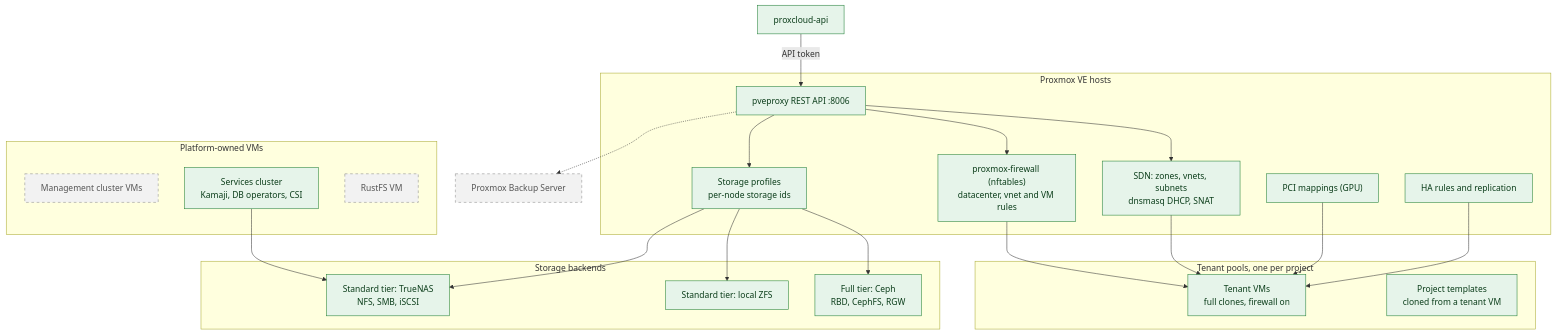
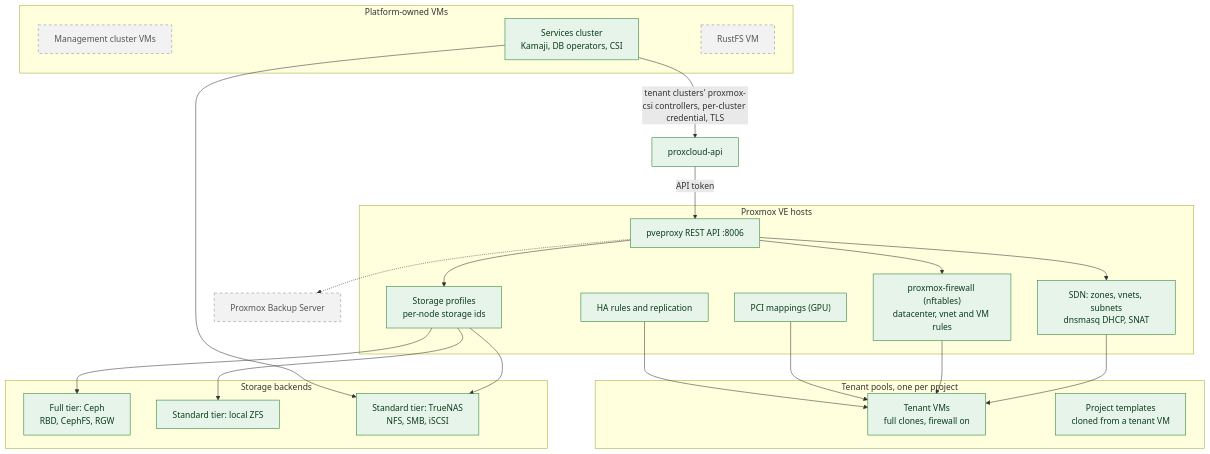
Before and after one commit to mutex-solutions/proxcloud: the second of 3 diagrams in docs/architecture/c4/c2-containers.md, drawn with Mermaid. The commit also changed other lines of this file and 34 other files, not shown here.

First line of the commit message:
feat(k8s): run proxmox-csi controller on the services cluster

````diff
--- a/docs/architecture/c4/c2-containers.md
+++ b/docs/architecture/c4/c2-containers.md
@@ -78,49 +78,50 @@
 ```mermaid
 flowchart TB
   classDef impl fill:#e6f4ea,stroke:#1e7e34,color:#0b3d1a
   classDef planned fill:#f2f2f2,stroke:#8a8a8a,stroke-dasharray:5 5,color:#555555
 
   api["proxcloud-api"]:::impl
 
   subgraph host["Proxmox VE hosts"]
     papi["pveproxy REST API :8006"]:::impl
     sdn["SDN: zones, vnets, subnets<br/>dnsmasq DHCP, SNAT"]:::impl
     fw["proxmox-firewall (nftables)<br/>datacenter, vnet and VM rules"]:::impl
     sto["Storage profiles<br/>per-node storage ids"]:::impl
     pci["PCI mappings (GPU)"]:::impl
     ha["HA rules and replication"]:::impl
   end
 
   subgraph tenantzone["Tenant pools, one per project"]
     vm["Tenant VMs<br/>full clones, firewall on"]:::impl
     tpl["Project templates<br/>cloned from a tenant VM"]:::impl
   end
 
   subgraph sys["Platform-owned VMs"]
     mgmtvm["Management cluster VMs"]:::planned
     svc["Services cluster<br/>Kamaji, DB operators, CSI"]:::impl
     rfsvm["RustFS VM"]:::planned
   end
 
   subgraph tiers["Storage backends"]
     ceph["Full tier: Ceph<br/>RBD, CephFS, RGW"]:::impl
     zfs["Standard tier: local ZFS"]:::impl
     nas["Standard tier: TrueNAS<br/>NFS, SMB, iSCSI"]:::impl
   end
 
   pbs["Proxmox Backup Server"]:::planned
 
   api -->|"API token"| papi
   papi --> sdn
   papi --> fw
   papi --> sto
   sdn --> vm
   fw --> vm
   pci --> vm
   sto --> ceph
   sto --> zfs
   sto --> nas
   ha --> vm
   svc --> nas
+  svc -->|"tenant clusters' proxmox-csi controllers, per-cluster credential, TLS"| api
   papi -.-> pbs
 ```
````
